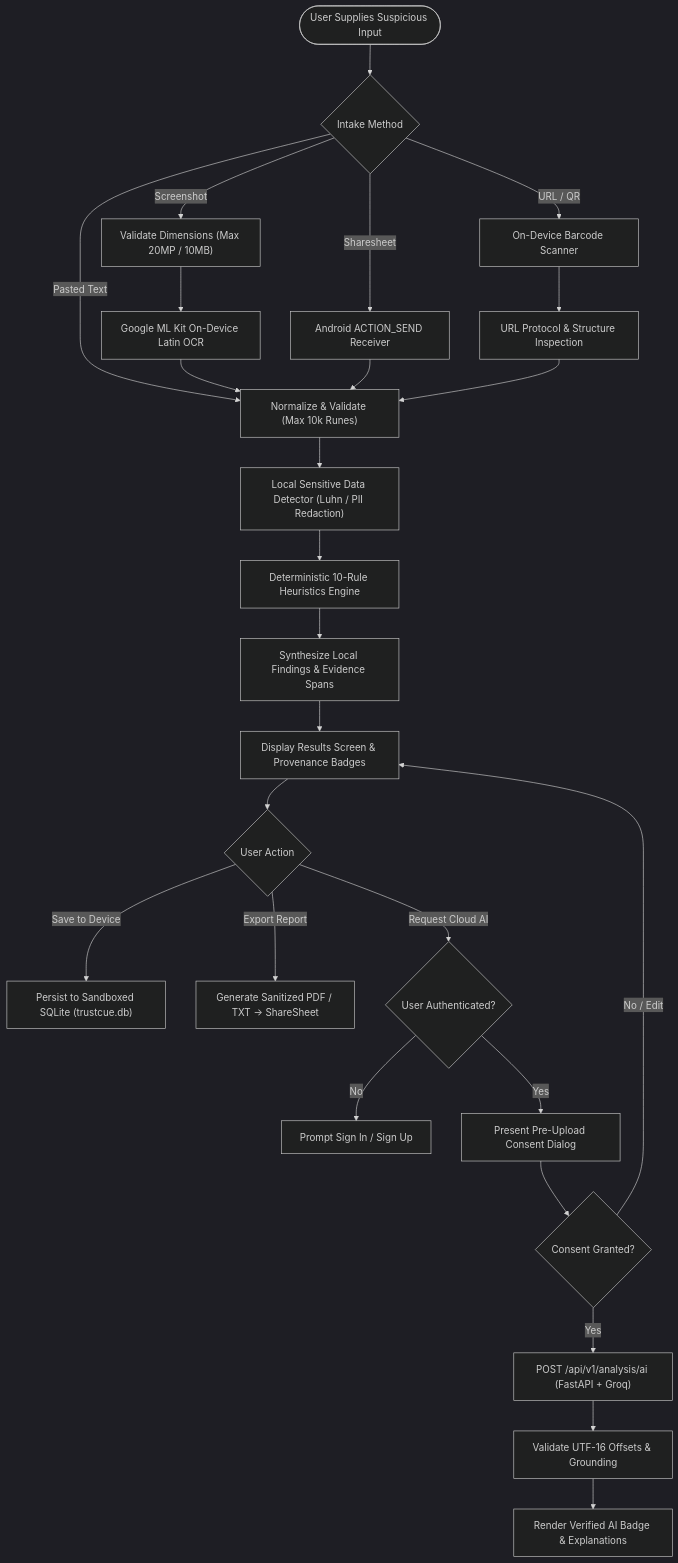
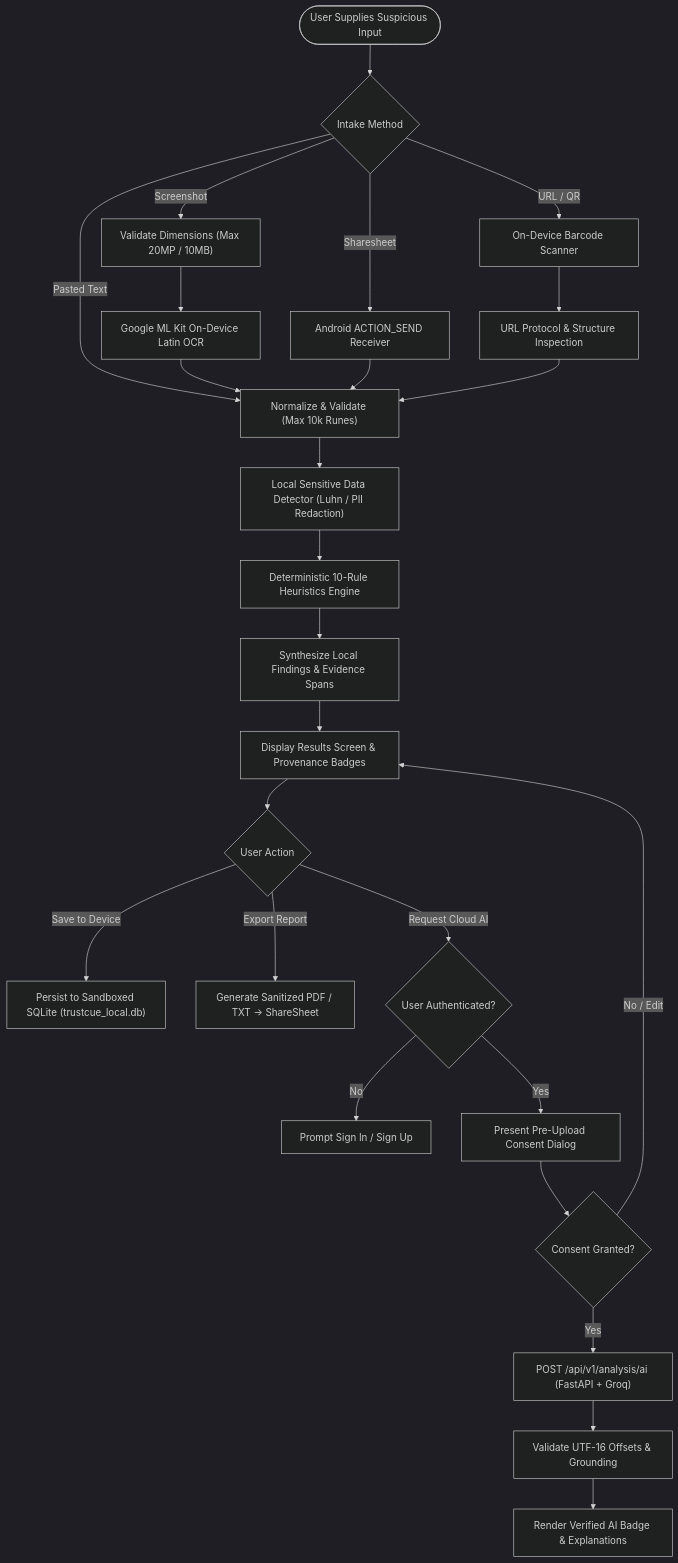
The second of 2 diagrams in docs/FINAL_AUDIT_AND_ACCEPTANCE_REGISTER_MODULE_50.md (muhammadtaimoorajmal/trustcue-mobile), drawn with Mermaid (dark theme) before and after one commit. The commit also changed other lines of this file and 4 other files, not shown here.

````diff
--- a/docs/FINAL_AUDIT_AND_ACCEPTANCE_REGISTER_MODULE_50.md
+++ b/docs/FINAL_AUDIT_AND_ACCEPTANCE_REGISTER_MODULE_50.md
@@ -268,35 +273,35 @@
 ```mermaid
 flowchart TD
     Start(["User Supplies Suspicious Input"]) --> IntakeType{"Intake Method"}
     
     IntakeType -->|"Pasted Text"| Norm["Normalize & Validate (Max 10k Runes)"]
     IntakeType -->|"Screenshot"| ImgVal["Validate Dimensions (Max 20MP / 10MB)"]
     IntakeType -->|"URL / QR"| Barcode["On-Device Barcode Scanner"]
     IntakeType -->|"Sharesheet"| Share["Android ACTION_SEND Receiver"]
 
     ImgVal --> MLKit["Google ML Kit On-Device Latin OCR"]
     Barcode --> UrlInsp["URL Protocol & Structure Inspection"]
     MLKit --> Norm
     Share --> Norm
     UrlInsp --> Norm
 
     Norm --> LocalPII["Local Sensitive Data Detector (Luhn / PII Redaction)"]
     LocalPII --> LocalRules["Deterministic 10-Rule Heuristics Engine"]
     
     LocalRules --> LocalAssess["Synthesize Local Findings & Evidence Spans"]
     LocalAssess --> ResultsScreen["Display Results Screen & Provenance Badges"]
 
     ResultsScreen --> UserChoice{"User Action"}
-    UserChoice -->|"Save to Device"| SaveLocal["Persist to Sandboxed SQLite (trustcue.db)"]
+    UserChoice -->|"Save to Device"| SaveLocal["Persist to Sandboxed SQLite (trustcue_local.db)"]
     UserChoice -->|"Export Report"| GenExport["Generate Sanitized PDF / TXT -> ShareSheet"]
     UserChoice -->|"Request Cloud AI"| AuthCheck{"User Authenticated?"}
 
     AuthCheck -->|"No"| PromptLogin["Prompt Sign In / Sign Up"]
     AuthCheck -->|"Yes"| ConsentModal["Present Pre-Upload Consent Dialog"]
 
     ConsentModal --> UserConsent{"Consent Granted?"}
     UserConsent -->|"No / Edit"| ResultsScreen
     UserConsent -->|"Yes"| CloudAI["POST /api/v1/analysis/ai (FastAPI + Groq)"]
     CloudAI --> GroundCheck["Validate UTF-16 Offsets & Grounding"]
     GroundCheck --> AIResults["Render Verified AI Badge & Explanations"]
 ```
````
